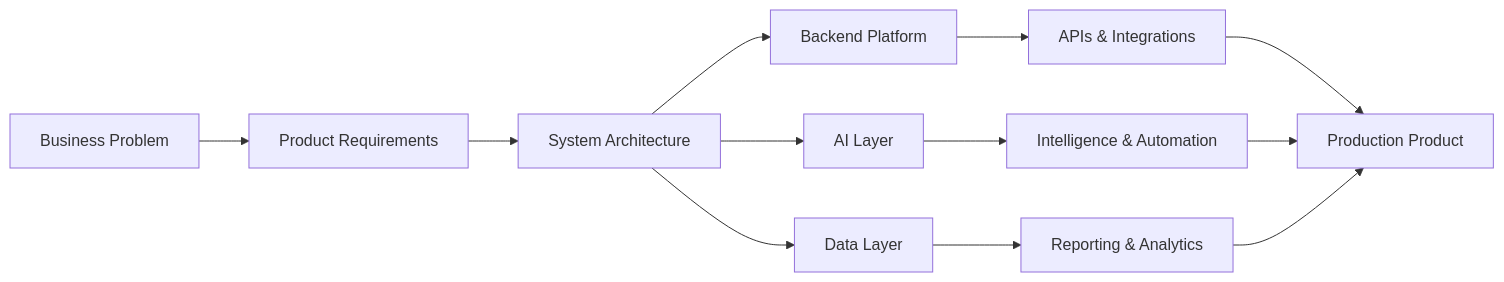
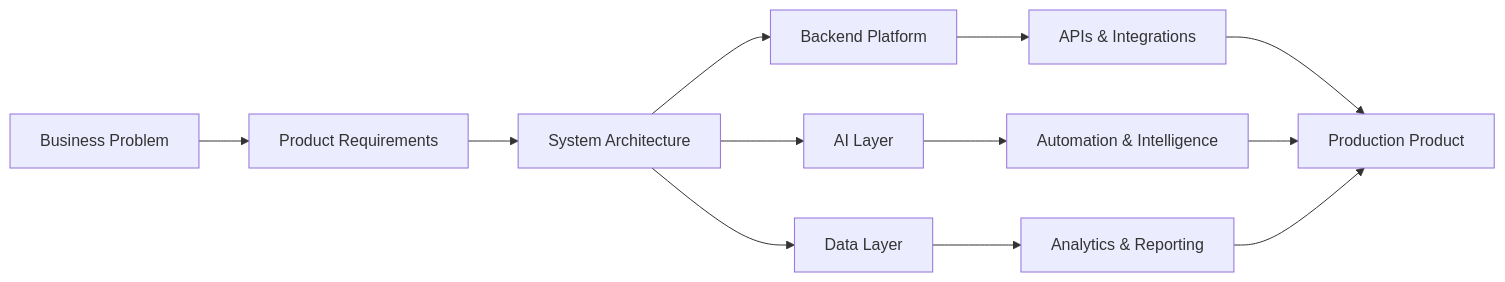
Before and after one commit to edgararthur/edgararthur: the first of 2 diagrams in README.md, drawn with Mermaid. The commit also changed other lines of this file, not shown here.

````diff
--- a/README.md
+++ b/README.md
@@ -116,14 +153,14 @@
 ```mermaid
 flowchart LR
     A["Business Problem"] --> B["Product Requirements"]
     B --> C["System Architecture"]
     C --> D["Backend Platform"]
     C --> E["AI Layer"]
     C --> F["Data Layer"]
     D --> G["APIs & Integrations"]
-    E --> H["Intelligence & Automation"]
-    F --> I["Reporting & Analytics"]
+    E --> H["Automation & Intelligence"]
+    F --> I["Analytics & Reporting"]
     G --> J["Production Product"]
     H --> J
     I --> J
 ```
````
